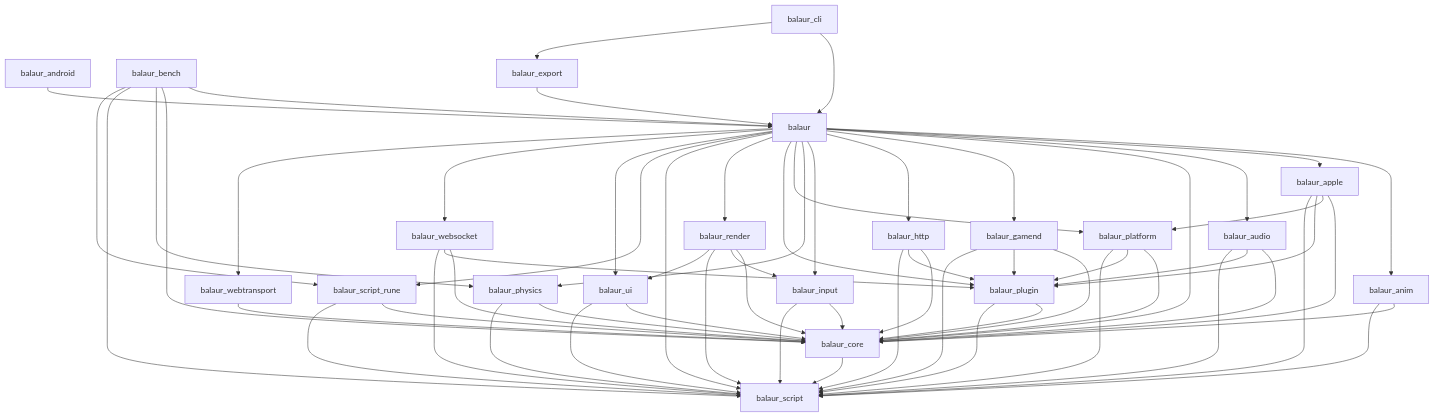
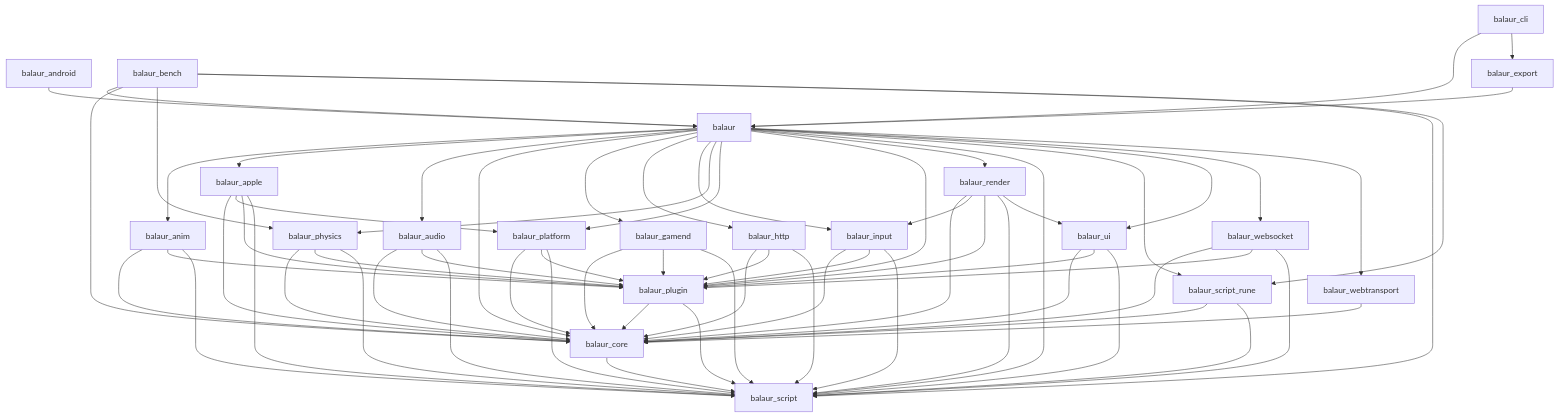
One commit to balaurengine/balaur changed the diagram in docs/generated/crate-graph.md. Above: the diagram before and after it, drawn with Mermaid. The commit also changed 52 other files, not shown here.

```diff
--- a/docs/generated/crate-graph.md
+++ b/docs/generated/crate-graph.md
@@ -46,6 +46,7 @@
   balaur --> balaur_webtransport
   balaur_android --> balaur
   balaur_anim --> balaur_core
+  balaur_anim --> balaur_plugin
   balaur_anim --> balaur_script
   balaur_apple --> balaur_core
   balaur_apple --> balaur_platform
@@ -70,8 +71,10 @@
   balaur_http --> balaur_plugin
   balaur_http --> balaur_script
   balaur_input --> balaur_core
+  balaur_input --> balaur_plugin
   balaur_input --> balaur_script
   balaur_physics --> balaur_core
+  balaur_physics --> balaur_plugin
   balaur_physics --> balaur_script
   balaur_platform --> balaur_core
   balaur_platform --> balaur_plugin
@@ -80,11 +83,13 @@
   balaur_plugin --> balaur_script
   balaur_render --> balaur_core
   balaur_render --> balaur_input
+  balaur_render --> balaur_plugin
   balaur_render --> balaur_script
   balaur_render --> balaur_ui
   balaur_script_rune --> balaur_core
   balaur_script_rune --> balaur_script
   balaur_ui --> balaur_core
+  balaur_ui --> balaur_plugin
   balaur_ui --> balaur_script
   balaur_websocket --> balaur_core
   balaur_websocket --> balaur_plugin
```
